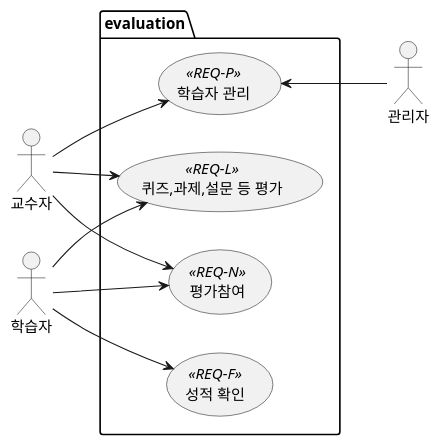
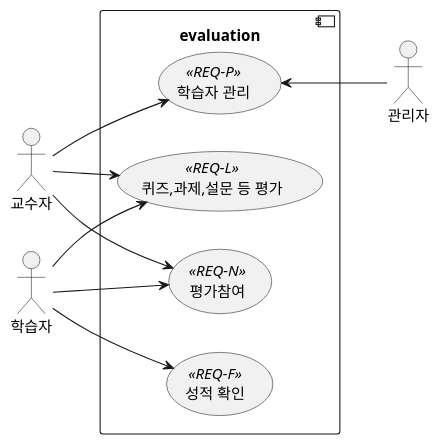
Before and after one commit to ohhoonim/lms: the fourth of 7 diagrams in README.md, drawn with PlantUML. The commit also changed other lines of this file and 15 other files, not shown here.

````diff
--- a/README.md
+++ b/README.md
@@ -82,23 +84,23 @@
 ```plantuml
 @startuml
 left to right direction
 :교수자: as professor
 :학습자: as student
 :관리자: as manager
 
-package evaluation {
+component evaluation {
     (성적 확인) as req_f <<REQ-F>>
     (퀴즈,과제,설문 등 평가) as req_l <<REQ-L>>
     (평가참여) as req_n <<REQ-N>>
     (학습자 관리) as req_p <<REQ-P>>
 }
 
 professor --> req_l
 professor --> req_p
 professor --> req_n
 student --> req_f
 student --> req_l
 student --> req_n
 manager -up-> req_p
 @enduml
 ```
````
